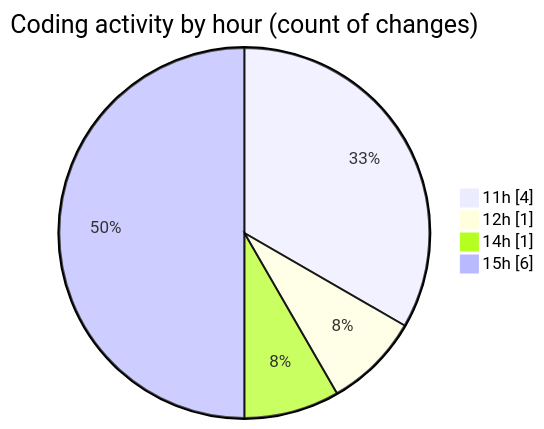
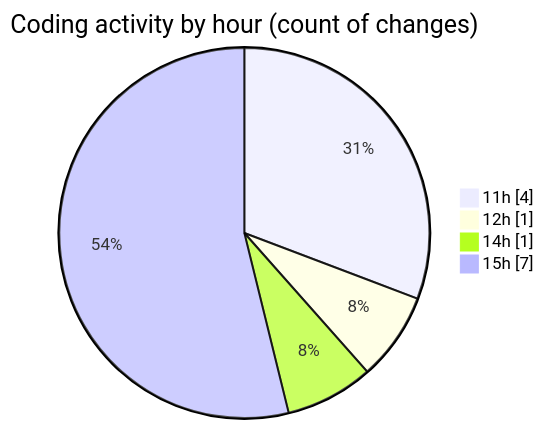
The second of 2 diagrams in 2026-06-08/nxtqube_webapp/README.md (nxtqubesakshisongat/code-tracking), drawn with Mermaid before and after one commit. The commit also changed other lines of this file and 1 other file, not shown here.

````diff
--- a/2026-06-08/nxtqube_webapp/README.md
+++ b/2026-06-08/nxtqube_webapp/README.md
@@ -34,8 +34,8 @@
 ```mermaid
 pie showData
 title Coding activity by hour (count of changes)
 "11h" : 4
 "12h" : 1
 "14h" : 1
-"15h" : 6
+"15h" : 7
 ```
````
